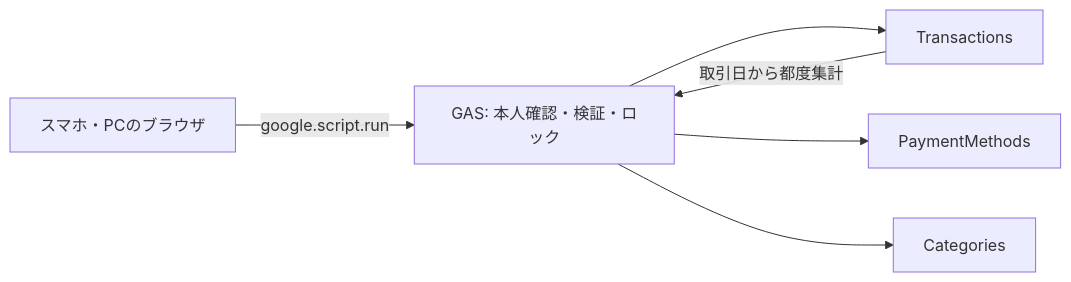
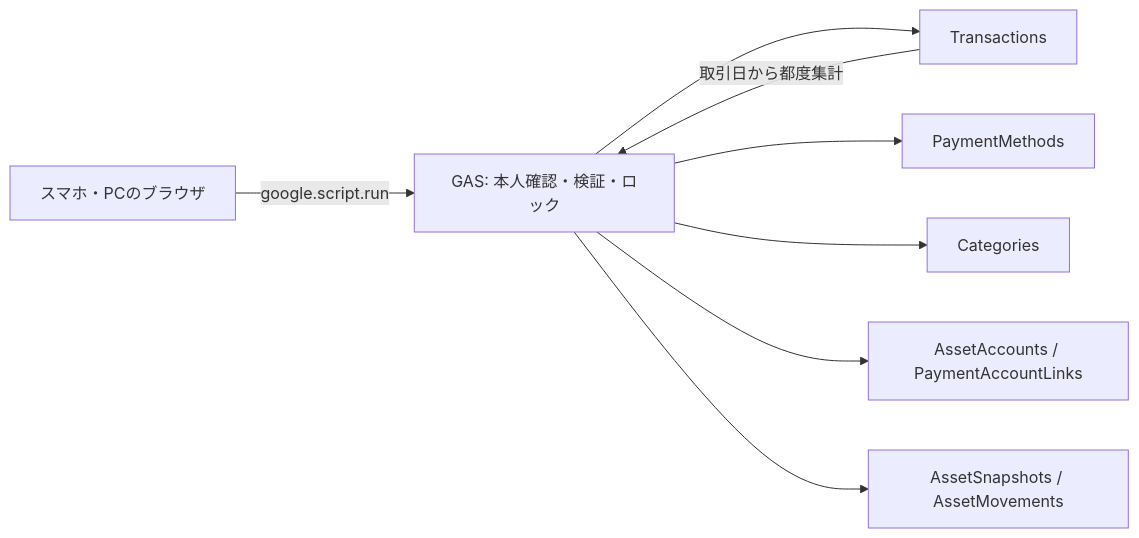
One commit to HaruR6/accounting1 changed the diagram in README.md. Above: the diagram before and after it, drawn with Mermaid. The commit also changed other lines of this file and 10 other files, not shown here.

````diff
--- a/README.md
+++ b/README.md
@@ -7,8 +17,10 @@
 ```mermaid
 flowchart LR
   A[スマホ・PCのブラウザ] -->|google.script.run| B[GAS: 本人確認・検証・ロック]
   B --> C[Transactions]
   B --> D[PaymentMethods]
   B --> E[Categories]
+  B --> F[AssetAccounts / PaymentAccountLinks]
+  B --> G[AssetSnapshots / AssetMovements]
   C -->|取引日から都度集計| B
 ```
````
